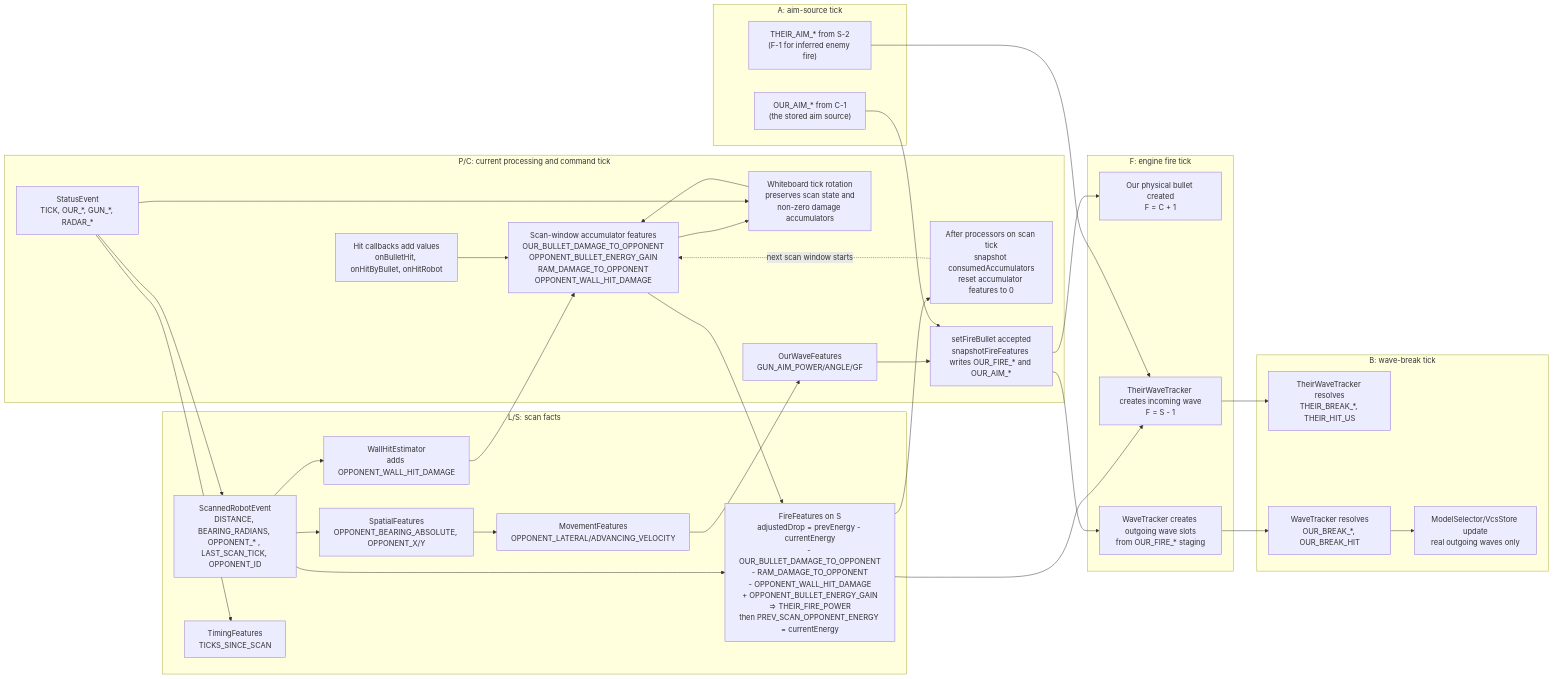
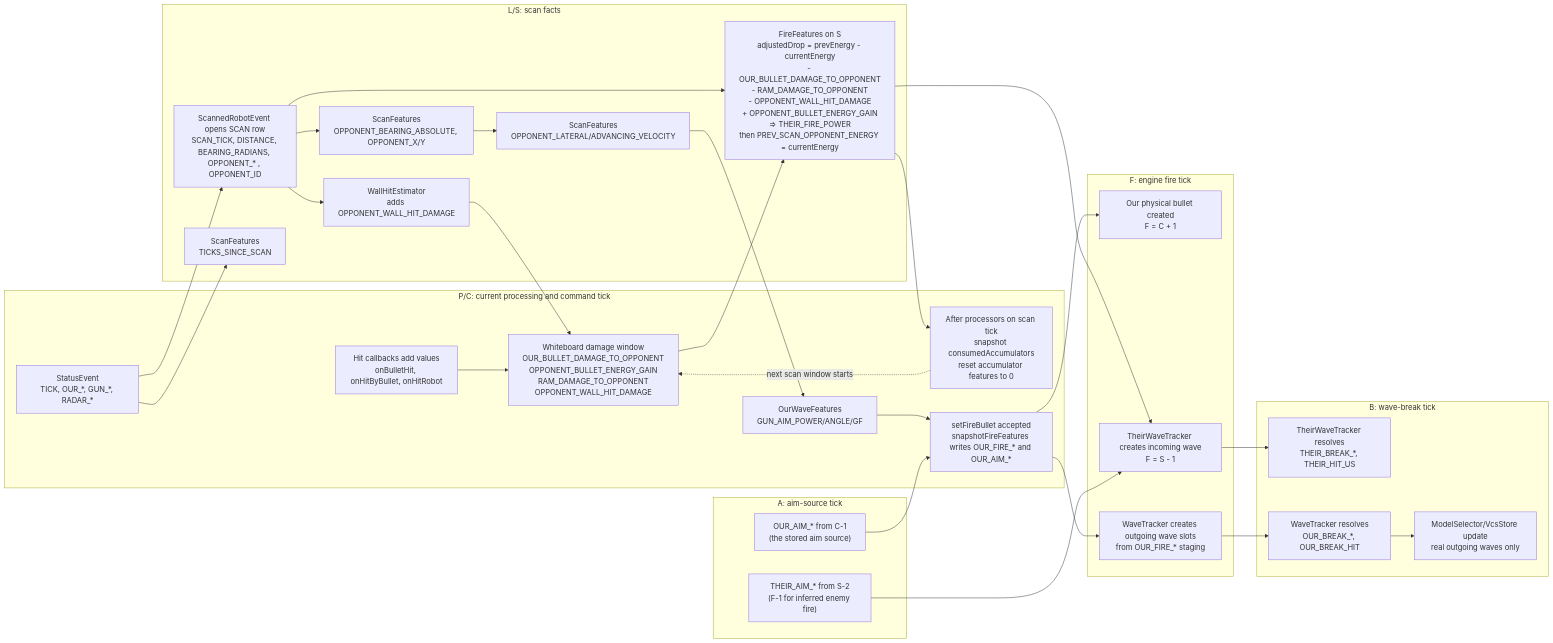
The diagram in wiki/feature-flow.md (pavelsavara/robocode-autopilot), drawn with Mermaid before and after one commit. The commit also changed other lines of this file and 38 other files, not shown here.

Commit message:
AccumulatorFeatures, ScanFeatures

````diff
--- a/wiki/feature-flow.md
+++ b/wiki/feature-flow.md
@@ -209,58 +214,55 @@
 ```mermaid
 flowchart LR
     subgraph A["A: aim-source tick"]
         AOur["OUR_AIM_* from C-1\n(the stored aim source)"]
         ATheir["THEIR_AIM_* from S-2\n(F-1 for inferred enemy fire)"]
     end
 
     subgraph L["L/S: scan facts"]
-        Scan["ScannedRobotEvent\nDISTANCE, BEARING_RADIANS, OPPONENT_* , LAST_SCAN_TICK, OPPONENT_ID"]
-        Spatial["SpatialFeatures\nOPPONENT_BEARING_ABSOLUTE, OPPONENT_X/Y"]
-        Move["MovementFeatures\nOPPONENT_LATERAL/ADVANCING_VELOCITY"]
-        Timing["TimingFeatures\nTICKS_SINCE_SCAN"]
+        Scan["ScannedRobotEvent opens SCAN row\nSCAN_TICK, DISTANCE, BEARING_RADIANS, OPPONENT_* , OPPONENT_ID"]
+        Spatial["ScanFeatures\nOPPONENT_BEARING_ABSOLUTE, OPPONENT_X/Y"]
+        Move["ScanFeatures\nOPPONENT_LATERAL/ADVANCING_VELOCITY"]
+        Timing["ScanFeatures\nTICKS_SINCE_SCAN"]
         Wall["WallHitEstimator\nadds OPPONENT_WALL_HIT_DAMAGE"]
         Energy["FireFeatures on S\nadjustedDrop = prevEnergy - currentEnergy\n- OUR_BULLET_DAMAGE_TO_OPPONENT\n- RAM_DAMAGE_TO_OPPONENT\n- OPPONENT_WALL_HIT_DAMAGE\n+ OPPONENT_BULLET_ENERGY_GAIN\n=> THEIR_FIRE_POWER\nthen PREV_SCAN_OPPONENT_ENERGY = currentEnergy"]
     end
 
     subgraph P["P/C: current processing and command tick"]
         Status["StatusEvent\nTICK, OUR_*, GUN_*, RADAR_*"]
-        Preserve["Whiteboard tick rotation\npreserves scan state and\nnon-zero damage accumulators"]
-        Accum["Scan-window accumulator features\nOUR_BULLET_DAMAGE_TO_OPPONENT\nOPPONENT_BULLET_ENERGY_GAIN\nRAM_DAMAGE_TO_OPPONENT\nOPPONENT_WALL_HIT_DAMAGE"]
+        Accum["Whiteboard damage window\nOUR_BULLET_DAMAGE_TO_OPPONENT\nOPPONENT_BULLET_ENERGY_GAIN\nRAM_DAMAGE_TO_OPPONENT\nOPPONENT_WALL_HIT_DAMAGE"]
         HitEvents["Hit callbacks add values\nonBulletHit, onHitByBullet, onHitRobot"]
         Reset["After processors on scan tick\nsnapshot consumedAccumulators\nreset accumulator features to 0"]
         Aim["OurWaveFeatures\nGUN_AIM_POWER/ANGLE/GF"]
         Command["setFireBullet accepted\nsnapshotFireFeatures writes OUR_FIRE_* and OUR_AIM_*"]
     end
 
     subgraph F["F: engine fire tick"]
         OurPhysical["Our physical bullet created\nF = C + 1"]
         TheirWave["TheirWaveTracker creates incoming wave\nF = S - 1"]
         OurWave["WaveTracker creates outgoing wave slots\nfrom OUR_FIRE_* staging"]
     end
 
     subgraph B["B: wave-break tick"]
         TheirBreak["TheirWaveTracker resolves\nTHEIR_BREAK_*, THEIR_HIT_US"]
         OurBreak["WaveTracker resolves\nOUR_BREAK_*, OUR_BREAK_HIT"]
         Models["ModelSelector/VcsStore update\nreal outgoing waves only"]
     end
 
     HitEvents --> Accum
-    Accum --> Preserve --> Accum
-    Status --> Preserve
     Status --> Scan
     Scan --> Spatial --> Move --> Aim
     Status --> Timing
     Scan --> Wall --> Accum
     Scan --> Energy
     Accum --> Energy
     Energy --> Reset
     Reset -. "next scan window starts" .-> Accum
     Energy --> TheirWave
     ATheir --> TheirWave
     Aim --> Command
     AOur --> Command
     Command --> OurPhysical
     Command --> OurWave
     TheirWave --> TheirBreak
     OurWave --> OurBreak --> Models
 ```
````
